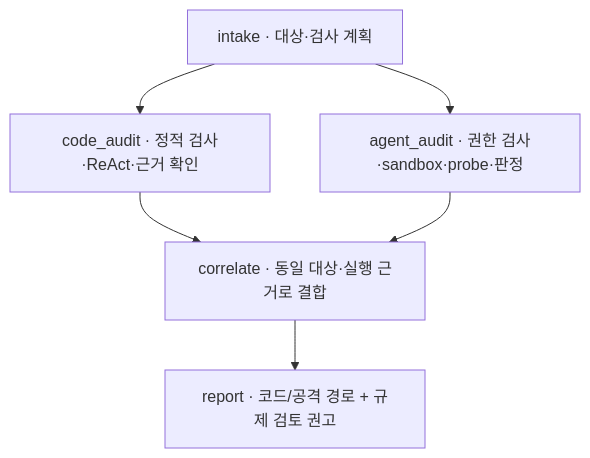
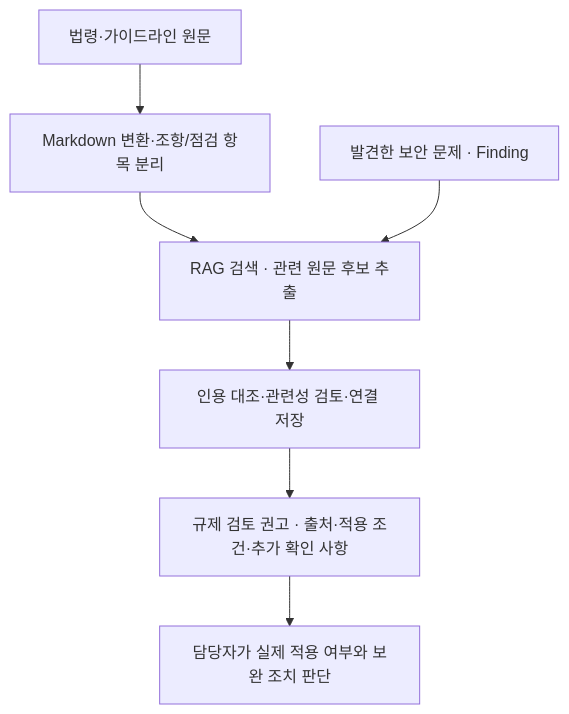
The third of 3 diagrams in README.md (skala-pochita/SentraAI), drawn with Mermaid before and after one commit. The commit also changed other lines of this file, not shown here.

Commit message:
Explain audit and domestic legal risk review with user flows and screenshots

````diff
--- a/README.md
+++ b/README.md
@@ -84,8 +75,9 @@
 ```mermaid
 flowchart TB
-  Intake["intake · 대상·검사 계획"] --> Code["code_audit · 정적 검사·ReAct·근거 확인"]
-  Intake --> Agent["agent_audit · 권한 검사·sandbox·probe·판정"]
-  Code --> Correlate["correlate · 동일 대상·실행 근거로 결합"]
-  Agent --> Correlate
-  Correlate --> Report["report · 코드/공격 경로 + 규제 검토 권고"]
+  PDF["법령·가이드라인 원문"] --> Normalize["Markdown 변환·조항/점검 항목 분리"]
+  Normalize --> Search["RAG 검색 · 관련 원문 후보 추출"]
+  Finding["발견한 보안 문제 · Finding"] --> Search
+  Search --> Review["인용 대조·관련성 검토·연결 저장"]
+  Review --> Report["규제 검토 권고 · 출처·적용 조건·추가 확인 사항"]
+  Report --> Person["담당자가 실제 적용 여부와 보완 조치 판단"]
 ```
````
